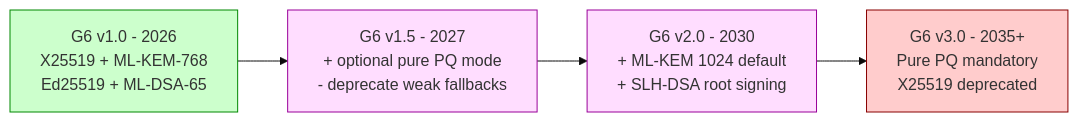
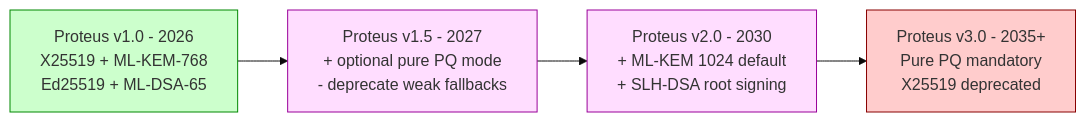
One commit to Icarus603/network-from-scratch changed the second of 3 diagrams in lessons/part-3-cryptography/3.11-post-quantum.md. Above: the diagram before and after it, drawn with Mermaid (base theme). The commit also changed other lines of this file and 300 other files, not shown here.

````diff
--- a/lessons/part-3-cryptography/3.11-post-quantum.md
+++ b/lessons/part-3-cryptography/3.11-post-quantum.md
@@ -234,11 +234,11 @@
 ```mermaid
 flowchart LR
     classDef now fill:#cfc,stroke:#080
     classDef phase2 fill:#fdf,stroke:#909
     classDef phase3 fill:#fcc,stroke:#800
 
-    V1[G6 v1.0 - 2026<br/>X25519 + ML-KEM-768<br/>Ed25519 + ML-DSA-65]:::now
-    V1 --> V1_5[G6 v1.5 - 2027<br/>+ optional pure PQ mode<br/>- deprecate weak fallbacks]:::phase2
-    V1_5 --> V2[G6 v2.0 - 2030<br/>+ ML-KEM 1024 default<br/>+ SLH-DSA root signing]:::phase2
-    V2 --> V3[G6 v3.0 - 2035+<br/>Pure PQ mandatory<br/>X25519 deprecated]:::phase3
+    V1[Proteus v1.0 - 2026<br/>X25519 + ML-KEM-768<br/>Ed25519 + ML-DSA-65]:::now
+    V1 --> V1_5[Proteus v1.5 - 2027<br/>+ optional pure PQ mode<br/>- deprecate weak fallbacks]:::phase2
+    V1_5 --> V2[Proteus v2.0 - 2030<br/>+ ML-KEM 1024 default<br/>+ SLH-DSA root signing]:::phase2
+    V2 --> V3[Proteus v3.0 - 2035+<br/>Pure PQ mandatory<br/>X25519 deprecated]:::phase3
 ```
````
